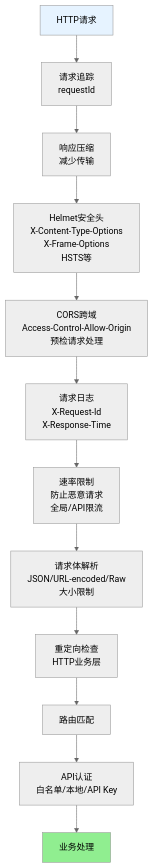
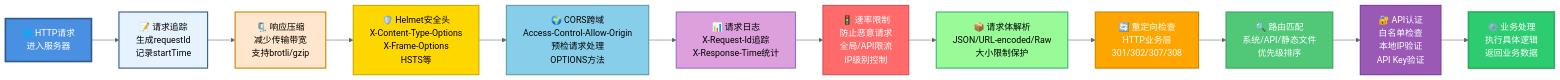
Before and after one commit to sunflowermm/XRK-AGT: diagram 13 of 13 in docs/server.md, drawn with Mermaid (neutral theme). The commit also changed other lines of this file and 9 other files, not shown here.

````diff
--- a/docs/server.md
+++ b/docs/server.md
@@ -604,17 +745,27 @@
 ```mermaid
-flowchart TD
-    Request["HTTP请求"] --> Track["请求追踪<br/>requestId"]
-    Track --> Compress["响应压缩<br/>减少传输"]
-    Compress --> Helmet["Helmet安全头<br/>X-Content-Type-Options<br/>X-Frame-Options<br/>HSTS等"]
-    Helmet --> CORS["CORS跨域<br/>Access-Control-Allow-Origin<br/>预检请求处理"]
-    CORS --> Logging["请求日志<br/>X-Request-Id<br/>X-Response-Time"]
-    Logging --> RateLimit["速率限制<br/>防止恶意请求<br/>全局/API限流"]
-    RateLimit --> BodyParser["请求体解析<br/>JSON/URL-encoded/Raw<br/>大小限制"]
-    BodyParser --> Redirect["重定向检查<br/>HTTP业务层"]
-    Redirect --> Routes["路由匹配"]
-    Routes --> Auth["API认证<br/>白名单/本地/API Key"]
-    Auth --> Handler["业务处理"]
+flowchart LR
+    Request["🌐 HTTP请求<br/>进入服务器"] --> Track["📝 请求追踪<br/>生成requestId<br/>记录startTime"]
+    Track --> Compress["🗜️ 响应压缩<br/>减少传输带宽<br/>支持brotli/gzip"]
+    Compress --> Helmet["🛡️ Helmet安全头<br/>X-Content-Type-Options<br/>X-Frame-Options<br/>HSTS等"]
+    Helmet --> CORS["🌍 CORS跨域<br/>Access-Control-Allow-Origin<br/>预检请求处理<br/>OPTIONS方法"]
+    CORS --> Logging["📊 请求日志<br/>X-Request-Id追踪<br/>X-Response-Time统计"]
+    Logging --> RateLimit["🚦 速率限制<br/>防止恶意请求<br/>全局/API限流<br/>IP级别控制"]
+    RateLimit --> BodyParser["📦 请求体解析<br/>JSON/URL-encoded/Raw<br/>大小限制保护"]
+    BodyParser --> Redirect["🔄 重定向检查<br/>HTTP业务层<br/>301/302/307/308"]
+    Redirect --> Routes["🔍 路由匹配<br/>系统/API/静态文件<br/>优先级排序"]
+    Routes --> Auth["🔐 API认证<br/>白名单检查<br/>本地IP验证<br/>API Key验证"]
+    Auth --> Handler["⚙️ 业务处理<br/>执行具体逻辑<br/>返回业务数据"]
     
-    style Request fill:#E6F3FF
-    style Handler fill:#90EE90
+    style Request fill:#4A90E2,stroke:#2E5C8A,stroke-width:3px,color:#fff
+    style Track fill:#E6F3FF,stroke:#2E5C8A,stroke-width:2px
+    style Compress fill:#FFE6CC,stroke:#CC8400,stroke-width:2px
+    style Helmet fill:#FFD700,stroke:#CCAA00,stroke-width:2px,color:#000
+    style CORS fill:#87CEEB,stroke:#5F9EA0,stroke-width:2px
+    style Logging fill:#DDA0DD,stroke:#9370DB,stroke-width:2px
+    style RateLimit fill:#FF6B6B,stroke:#CC5555,stroke-width:2px,color:#fff
+    style BodyParser fill:#98FB98,stroke:#3CB371,stroke-width:2px
+    style Redirect fill:#FFA500,stroke:#CC8400,stroke-width:2px,color:#fff
+    style Routes fill:#50C878,stroke:#3FA060,stroke-width:2px,color:#fff
+    style Auth fill:#9B59B6,stroke:#7D3C98,stroke-width:2px,color:#fff
+    style Handler fill:#2ECC71,stroke:#27AE60,stroke-width:3px,color:#fff
 ```
````
